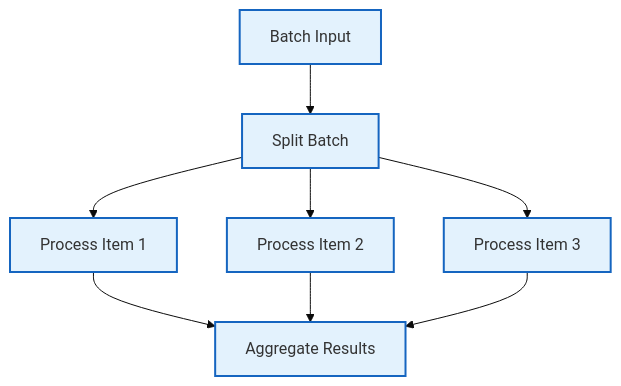
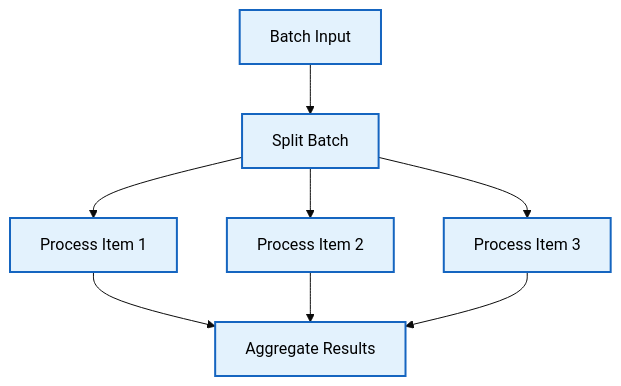
One commit to aitoroses/floxide changed the fourth of 9 diagrams in README.md. Above: the diagram before and after it, drawn with Mermaid (base theme). The commit also changed other lines of this file, not shown here.

First line of the commit message:
🦀 Improve Mermaid Diagram Readability in README

````diff
--- a/README.md
+++ b/README.md
@@ -171,16 +171,16 @@
 ```mermaid
 graph TD
     A["Batch Input"] --> B["Split Batch"]
     B --> C1["Process Item 1"]
     B --> C2["Process Item 2"]
     B --> C3["Process Item 3"]
     C1 --> D["Aggregate Results"]
     C2 --> D
     C3 --> D
-    style A fill:#e3f2fd,stroke:#1565c0,stroke-width:2px
-    style B fill:#e3f2fd,stroke:#1565c0,stroke-width:2px
-    style C1 fill:#e3f2fd,stroke:#1565c0,stroke-width:2px
-    style C2 fill:#e3f2fd,stroke:#1565c0,stroke-width:2px
-    style C3 fill:#e3f2fd,stroke:#1565c0,stroke-width:2px
-    style D fill:#e3f2fd,stroke:#1565c0,stroke-width:2px
+    style A fill:#e3f2fd,stroke:#1565c0,stroke-width:2px,color:black
+    style B fill:#e3f2fd,stroke:#1565c0,stroke-width:2px,color:black
+    style C1 fill:#e3f2fd,stroke:#1565c0,stroke-width:2px,color:black
+    style C2 fill:#e3f2fd,stroke:#1565c0,stroke-width:2px,color:black
+    style C3 fill:#e3f2fd,stroke:#1565c0,stroke-width:2px,color:black
+    style D fill:#e3f2fd,stroke:#1565c0,stroke-width:2px,color:black
 ```
````
